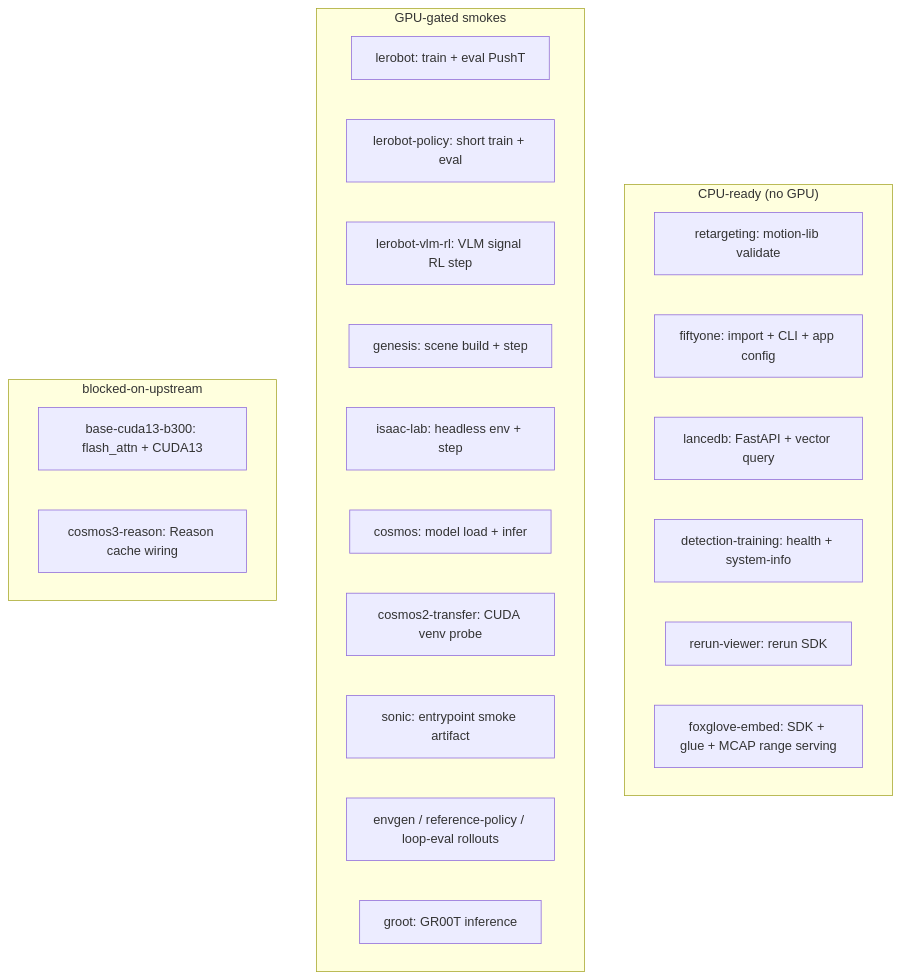
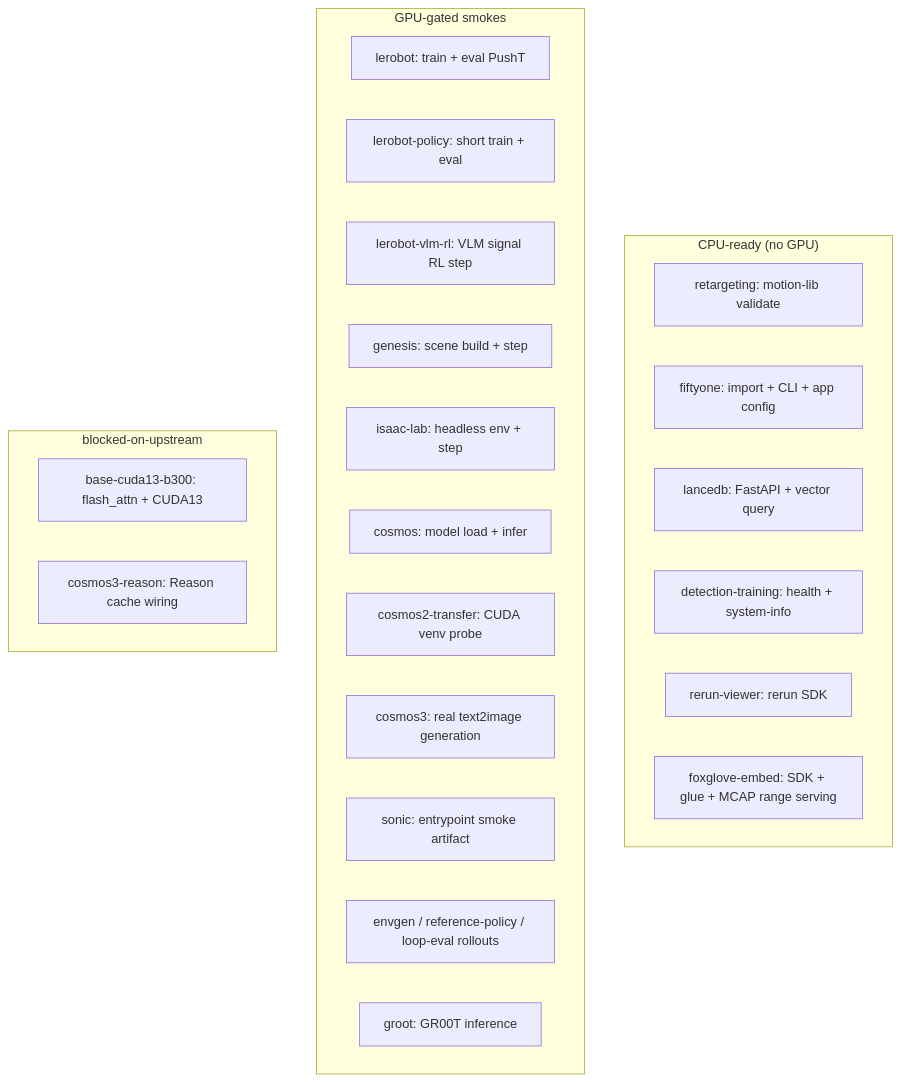
Before and after one commit to jeffmac-aix/nebius-physical-ai: the diagram in docs/security/container-golden-evals.md, drawn with Mermaid. The commit also changed other lines of this file and 42 other files, not shown here.

First line of the commit message:
Containerize Cosmos 3 as npa-cosmos3 with a real generate path (CLI/SDK/YAML), no weights in the image (#235)

````diff
--- a/docs/security/container-golden-evals.md
+++ b/docs/security/container-golden-evals.md
@@ -69,27 +69,28 @@
 ```mermaid
 flowchart TB
   subgraph cpu_ready["CPU-ready (no GPU)"]
     retargeting["retargeting: motion-lib validate"]
     fiftyone["fiftyone: import + CLI + app config"]
     lancedb["lancedb: FastAPI + vector query"]
     det_train["detection-training: health + system-info"]
     rerun["rerun-viewer: rerun SDK"]
     foxglove["foxglove-embed: SDK + glue + MCAP range serving"]
   end
   subgraph gpu_gated["GPU-gated smokes"]
     lerobot["lerobot: train + eval PushT"]
     policy["lerobot-policy: short train + eval"]
     vlm["lerobot-vlm-rl: VLM signal RL step"]
     genesis["genesis: scene build + step"]
     isaac["isaac-lab: headless env + step"]
     cosmos["cosmos: model load + infer"]
     transfer["cosmos2-transfer: CUDA venv probe"]
+    c3["cosmos3: real text2image generation"]
     sonic["sonic: entrypoint smoke artifact"]
     s2r["envgen / reference-policy / loop-eval rollouts"]
     groot["groot: GR00T inference"]
   end
   subgraph blocked["blocked-on-upstream"]
     b300["base-cuda13-b300: flash_attn + CUDA13"]
     reason["cosmos3-reason: Reason cache wiring"]
   end
 ```
````
